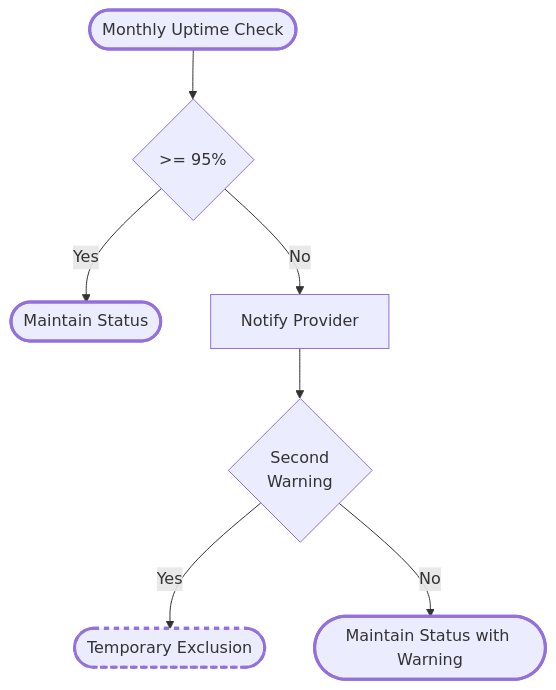
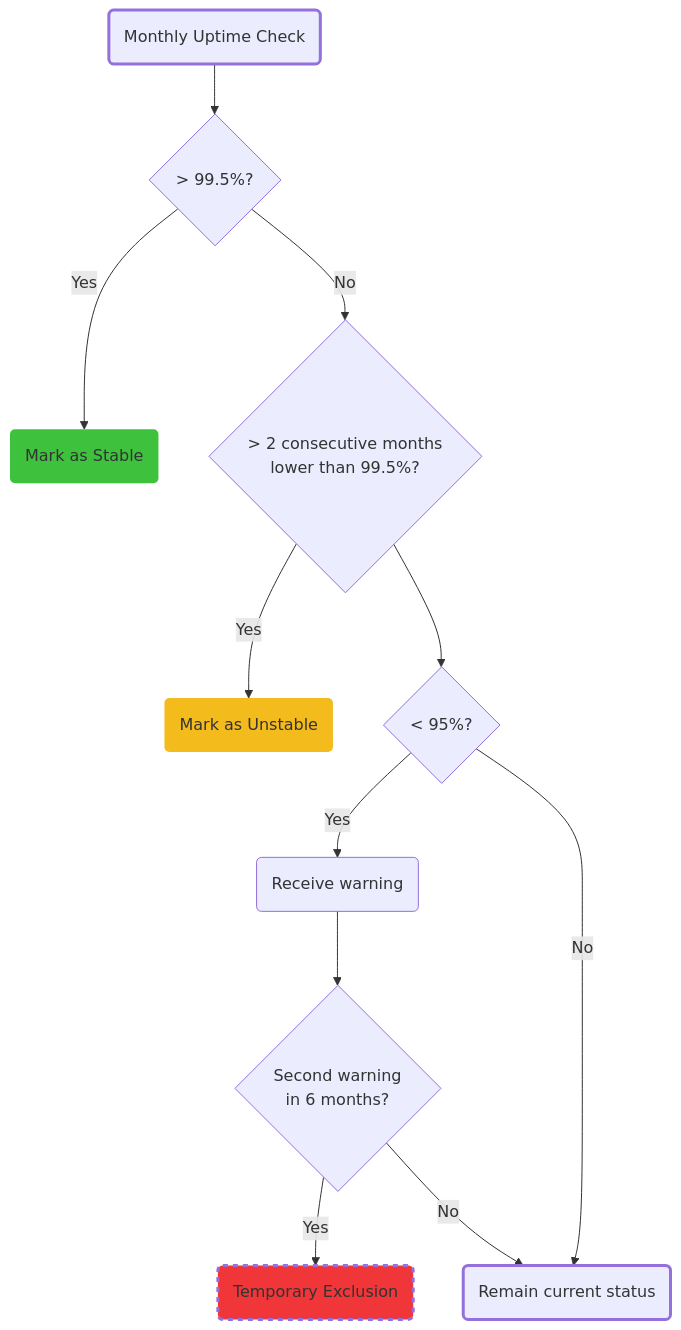
The diagram in APIs/openEO/federation/backends/contract.qmd (eu-cdse/documentation), drawn with Mermaid before and after one commit. The commit also changed other lines of this file and 2 other files, not shown here.

Commit message:
federation: chart with additional rules

````diff
--- a/APIs/openEO/federation/backends/contract.qmd
+++ b/APIs/openEO/federation/backends/contract.qmd
@@ -80,15 +80,21 @@
 ```{mermaid}
 %%| label: fig-uptime-flow
 %%| fig-cap: "Monthly uptime evaluation flow"
 %%| fig-align: "center"
 graph TD
-    A([Monthly Uptime Check]):::focus --> B{>= 95%}
-    B -->| Yes| C([Maintain Status]):::focus
-    B -->| No | D[Notify Provider]
-    D --> E{Second<br/>Warning}
-    E --> | Yes | F([Temporary Exclusion]):::optional
-    E --> | No | G([Maintain Status with Warning]):::focus
+    B(Monthly Uptime Check):::focus --> C{> 99.5%?}
+    C -->|Yes| G(Mark as Stable):::stable
+    C -->|No| D{"> 2 consecutive months <br/> lower than 99.5%?"}
+    D -->|Yes| H(Mark as Unstable):::unstable
+    D --> E{"< 95%?"}
+    E -->|Yes| I(Receive warning)
+    E -->|No| M
+    I --> J{Second warning<br/> in 6 months?}
+    J -->|Yes| K(Temporary Exclusion):::exclusion
+    J -->|No| M(Remain current status):::focus
 
     classDef focus stroke-width:3px
-    classDef optional stroke-width:3px,stroke-dasharray: 5 5
+    classDef stable fill:#3ec13d,;stroke-width:0px
+    classDef unstable fill:#f4bb1c,;stroke-width:0px
+    classDef exclusion fill:#f03638,stroke-width:3px,stroke-dasharray: 5 5
 ```
````
